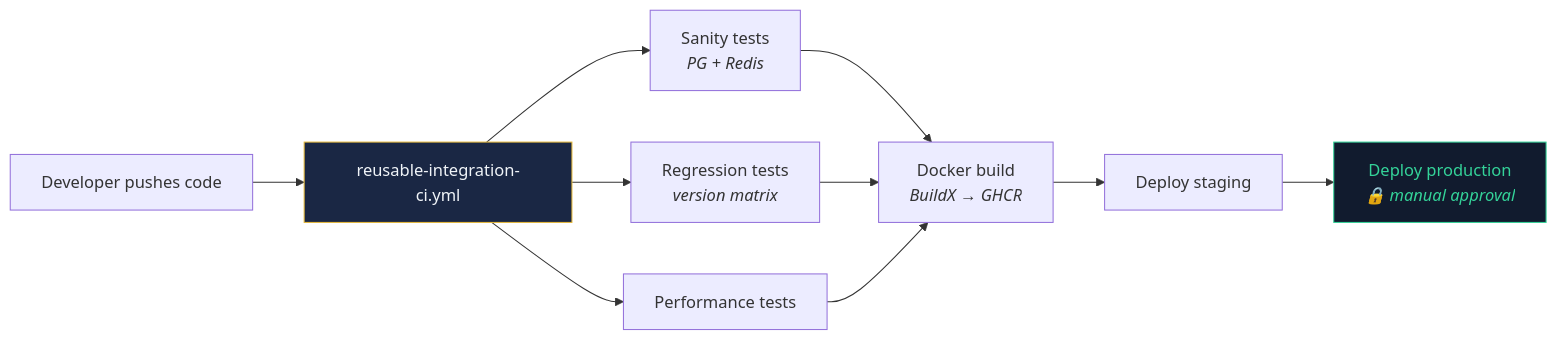
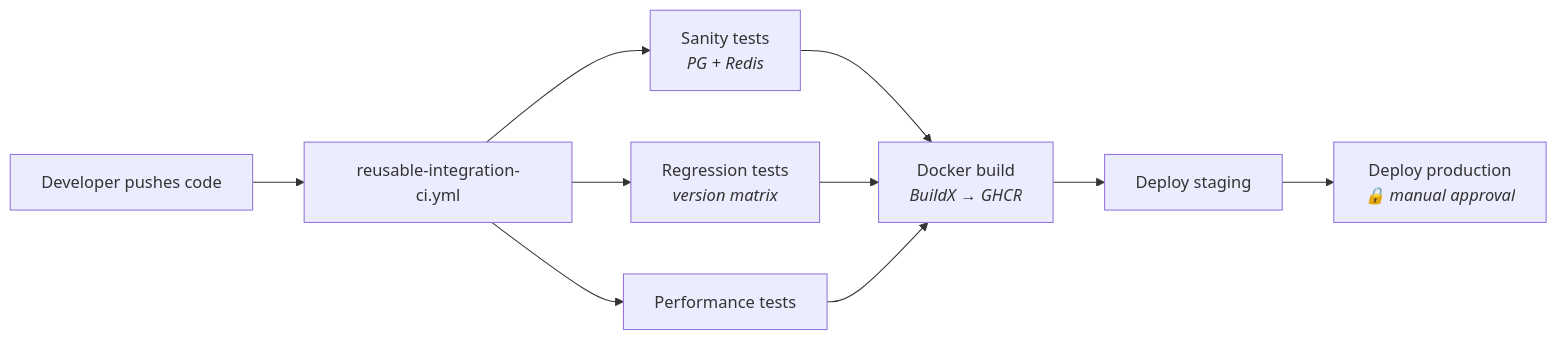
Before and after one commit to mruthyunjaya-lakkappanavar/gha-reusable-workflows-docs: the fifth of 6 diagrams in docs/02-architecture.md, drawn with Mermaid. The commit also changed other lines of this file and 4 other files, not shown here.

Commit message:
Remove hardcoded dark styles from Mermaid diagrams for light/dark mode support

````diff
--- a/docs/02-architecture.md
+++ b/docs/02-architecture.md
@@ -156,13 +137,10 @@
 ```mermaid
 flowchart LR
     A["Developer pushes code"] --> B["reusable-integration-ci.yml"]
     B --> C["Sanity tests<br/><em>PG + Redis</em>"]
     B --> D["Regression tests<br/><em>version matrix</em>"]
     B --> E["Performance tests"]
     C & D & E --> F["Docker build<br/><em>BuildX → GHCR</em>"]
     F --> G["Deploy staging"]
     G --> H["Deploy production<br/><em>🔒 manual approval</em>"]
-
-    style B fill:#1a2744,stroke:#e5b83a,color:#f0f4f8
-    style H fill:#111b2e,stroke:#34d399,color:#34d399
 ```
````
